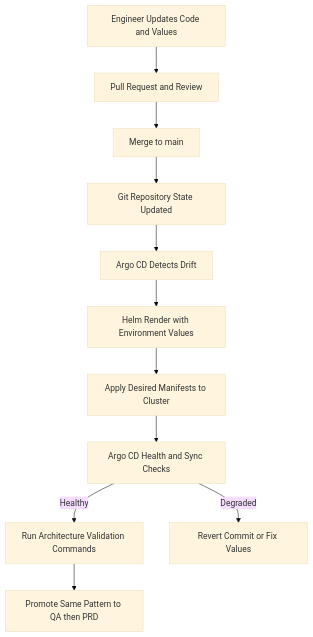
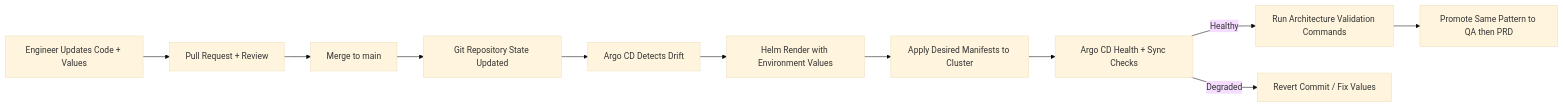
The eighth of 9 diagrams in docs/architecture.md (paulchen8206/Full-Stack-Modern-Data-Architecture-and-Engineering), drawn with Mermaid (base theme) before and after one commit. The commit also changed other lines of this file and 18 other files, not shown here.

````diff
--- a/docs/architecture.md
+++ b/docs/architecture.md
@@ -882,13 +874,13 @@
 ```mermaid
-flowchart TD
-  DEV[Engineer Updates Code and Values] --> PR[Pull Request and Review]
+flowchart LR
+  DEV[Engineer Updates Code + Values] --> PR[Pull Request + Review]
   PR --> MERGE[Merge to main]
   MERGE --> REPO[Git Repository State Updated]
   REPO --> ARGO[Argo CD Detects Drift]
   ARGO --> RENDER[Helm Render with Environment Values]
   RENDER --> APPLY[Apply Desired Manifests to Cluster]
-  APPLY --> HEALTH[Argo CD Health and Sync Checks]
+  APPLY --> HEALTH[Argo CD Health + Sync Checks]
   HEALTH -->|Healthy| VERIFY[Run Architecture Validation Commands]
-  HEALTH -->|Degraded| FIX[Revert Commit or Fix Values]
+  HEALTH -->|Degraded| FIX[Revert Commit / Fix Values]
   VERIFY --> PROMOTE[Promote Same Pattern to QA then PRD]
 ```
````
